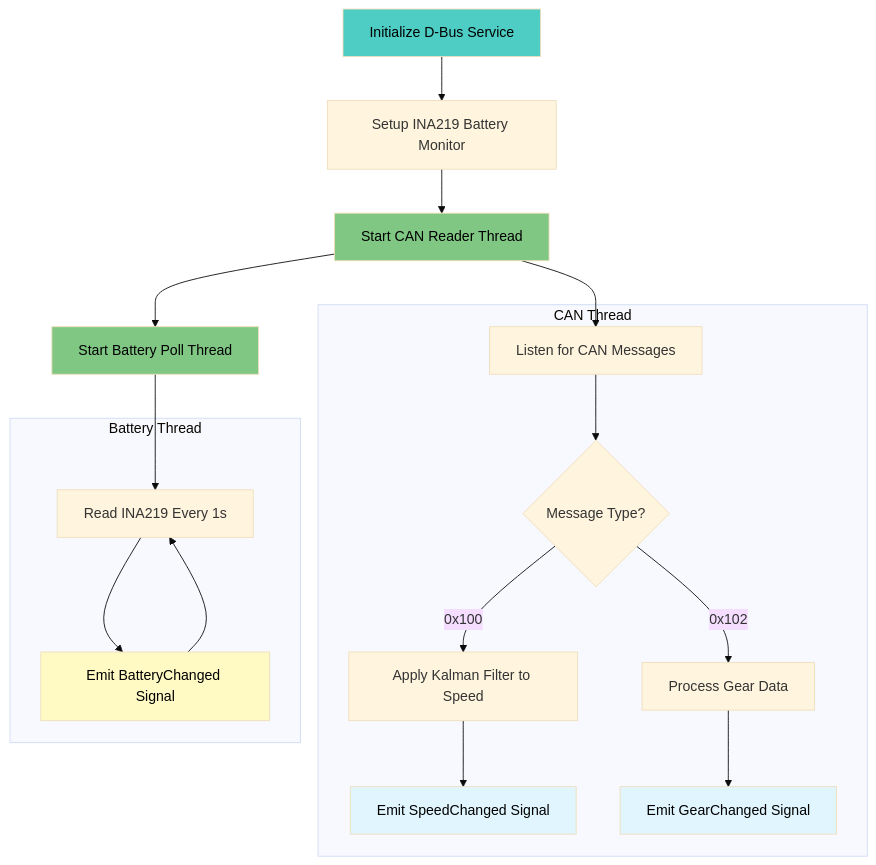
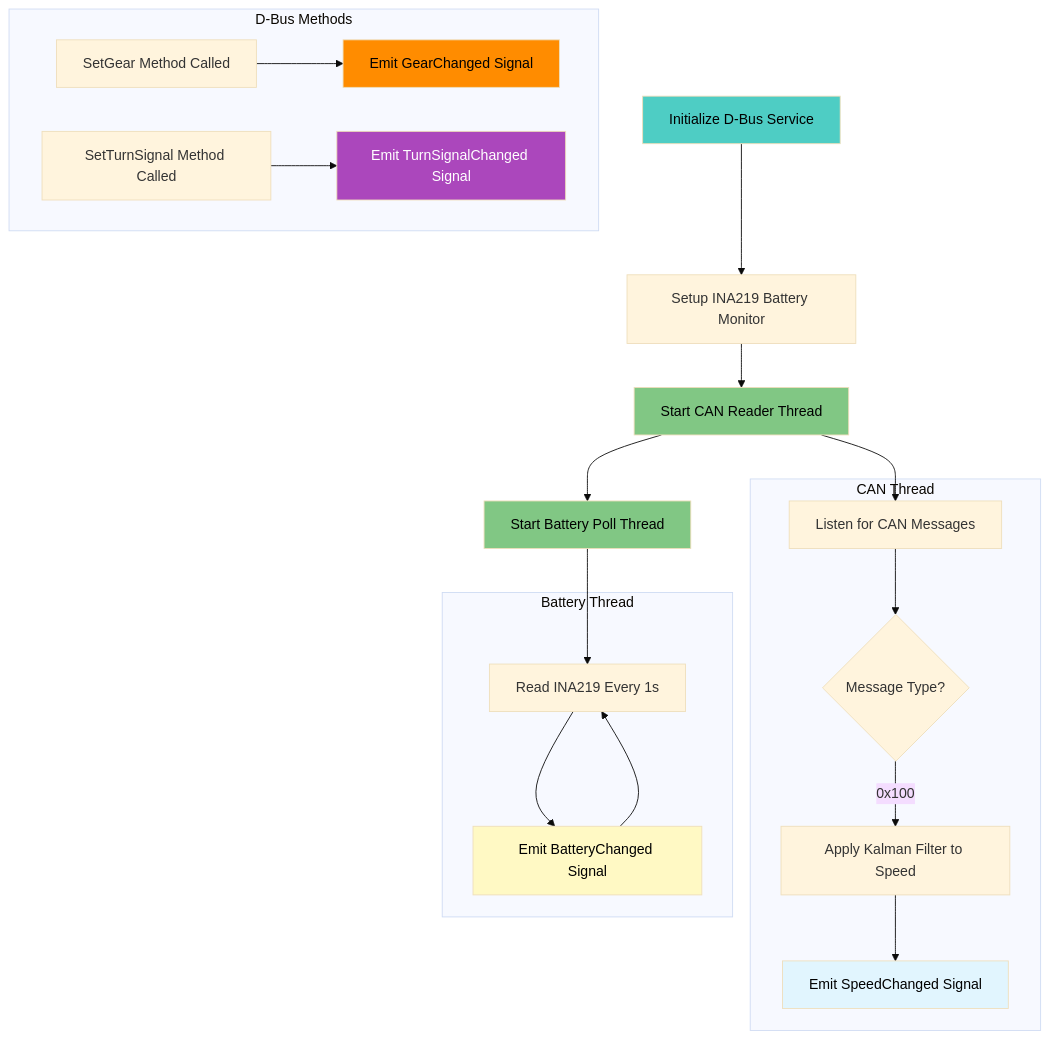
The third of 8 diagrams in README.md (saicharansathyam/Instrument-Cluster), drawn with Mermaid (base theme) before and after one commit. The commit also changed other lines of this file, not shown here.

````diff
--- a/README.md
+++ b/README.md
@@ -65,29 +63,33 @@
 ```mermaid
 flowchart TD
     A[Initialize D-Bus Service] --> B[Setup INA219 Battery Monitor]
     B --> C[Start CAN Reader Thread]
     C --> D[Start Battery Poll Thread]
     
     subgraph "CAN Thread"
         E[Listen for CAN Messages] --> F{Message Type?}
         F -->|0x100| G[Apply Kalman Filter to Speed]
-        F -->|0x102| H[Process Gear Data]
         G --> I[Emit SpeedChanged Signal]
-        H --> J[Emit GearChanged Signal]
     end
     
     subgraph "Battery Thread"
         K[Read INA219 Every 1s] --> L[Emit BatteryChanged Signal]
         L --> K
+    end
+    
+    subgraph "D-Bus Methods"
+        M[SetGear Method Called] --> N[Emit GearChanged Signal]
+        O[SetTurnSignal Method Called] --> P[Emit TurnSignalChanged Signal]
     end
     
     C --> E
     D --> K
     
     style A fill:#4ecdc4,color:#000
     style C fill:#81c784,color:#000
     style D fill:#81c784,color:#000
     style I fill:#e1f5fe,color:#000
-    style J fill:#e1f5fe,color:#000
     style L fill:#fff9c4,color:#000
+    style N fill:#ff8c00,color:#000
+    style P fill:#ab47bc,color:#fff
 ```
````
